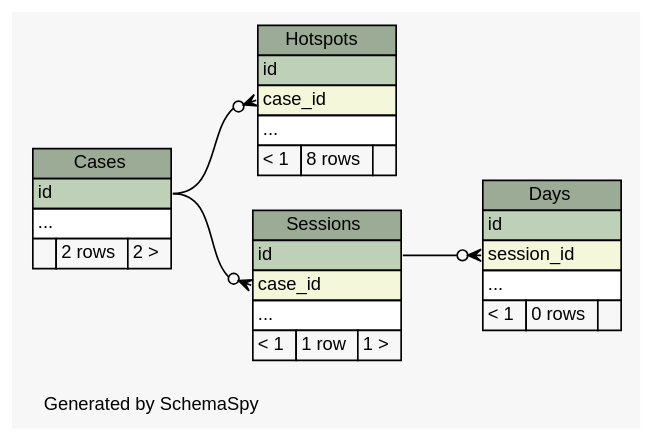
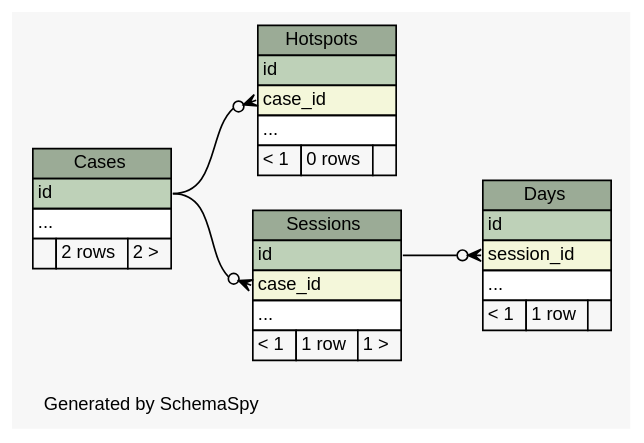
Before and after one commit to carrel2/CaseStudies: the diagram in web/files/schema/diagrams/summary/relationships.real.compact.dot, drawn with Graphviz. The commit also changed 40 other files, not shown here.

```diff
--- a/web/files/schema/diagrams/summary/relationships.real.compact.dot
+++ b/web/files/schema/diagrams/summary/relationships.real.compact.dot
@@ -1,72 +1,72 @@
 // dot 2.38.0 on Linux 4.4.0-59-generic
 // SchemaSpy rev 590
 digraph "compactRelationshipsDiagram" {
   graph [
     rankdir="RL"
     bgcolor="#f7f7f7"
     label="\nGenerated by SchemaSpy"
     labeljust="l"
     nodesep="0.18"
     ranksep="0.46"
     fontname="Helvetica"
     fontsize="11"
   ];
   node [
     fontname="Helvetica"
     fontsize="11"
     shape="plaintext"
   ];
   edge [
     arrowsize="0.8"
   ];
   "Cases" [
     label=<
     <TABLE BORDER="0" CELLBORDER="1" CELLSPACING="0" BGCOLOR="#ffffff">
       <TR><TD COLSPAN="3" BGCOLOR="#9bab96" ALIGN="CENTER">Cases</TD></TR>
       <TR><TD PORT="id" COLSPAN="3" BGCOLOR="#bed1b8" ALIGN="LEFT">id</TD></TR>
       <TR><TD PORT="elipses" COLSPAN="3" ALIGN="LEFT">...</TD></TR>
       <TR><TD ALIGN="LEFT" BGCOLOR="#f7f7f7">  </TD><TD ALIGN="RIGHT" BGCOLOR="#f7f7f7">2 rows</TD><TD ALIGN="RIGHT" BGCOLOR="#f7f7f7">2 &gt;</TD></TR>
     </TABLE>>
     URL="tables/Cases.html"
     tooltip="Cases"
   ];
   "Days" [
     label=<
     <TABLE BORDER="0" CELLBORDER="1" CELLSPACING="0" BGCOLOR="#ffffff">
       <TR><TD COLSPAN="3" BGCOLOR="#9bab96" ALIGN="CENTER">Days</TD></TR>
       <TR><TD PORT="id" COLSPAN="3" BGCOLOR="#bed1b8" ALIGN="LEFT">id</TD></TR>
       <TR><TD PORT="session_id" COLSPAN="3" BGCOLOR="#f4f7da" ALIGN="LEFT">session_id</TD></TR>
       <TR><TD PORT="elipses" COLSPAN="3" ALIGN="LEFT">...</TD></TR>
-      <TR><TD ALIGN="LEFT" BGCOLOR="#f7f7f7">&lt; 1</TD><TD ALIGN="RIGHT" BGCOLOR="#f7f7f7">0 rows</TD><TD ALIGN="RIGHT" BGCOLOR="#f7f7f7">  </TD></TR>
+      <TR><TD ALIGN="LEFT" BGCOLOR="#f7f7f7">&lt; 1</TD><TD ALIGN="RIGHT" BGCOLOR="#f7f7f7">1 row</TD><TD ALIGN="RIGHT" BGCOLOR="#f7f7f7">  </TD></TR>
     </TABLE>>
     URL="tables/Days.html"
     tooltip="Days"
   ];
   "Hotspots" [
     label=<
     <TABLE BORDER="0" CELLBORDER="1" CELLSPACING="0" BGCOLOR="#ffffff">
       <TR><TD COLSPAN="3" BGCOLOR="#9bab96" ALIGN="CENTER">Hotspots</TD></TR>
       <TR><TD PORT="id" COLSPAN="3" BGCOLOR="#bed1b8" ALIGN="LEFT">id</TD></TR>
       <TR><TD PORT="case_id" COLSPAN="3" BGCOLOR="#f4f7da" ALIGN="LEFT">case_id</TD></TR>
       <TR><TD PORT="elipses" COLSPAN="3" ALIGN="LEFT">...</TD></TR>
-      <TR><TD ALIGN="LEFT" BGCOLOR="#f7f7f7">&lt; 1</TD><TD ALIGN="RIGHT" BGCOLOR="#f7f7f7">8 rows</TD><TD ALIGN="RIGHT" BGCOLOR="#f7f7f7">  </TD></TR>
+      <TR><TD ALIGN="LEFT" BGCOLOR="#f7f7f7">&lt; 1</TD><TD ALIGN="RIGHT" BGCOLOR="#f7f7f7">0 rows</TD><TD ALIGN="RIGHT" BGCOLOR="#f7f7f7">  </TD></TR>
     </TABLE>>
     URL="tables/Hotspots.html"
     tooltip="Hotspots"
   ];
   "Sessions" [
     label=<
     <TABLE BORDER="0" CELLBORDER="1" CELLSPACING="0" BGCOLOR="#ffffff">
       <TR><TD COLSPAN="3" BGCOLOR="#9bab96" ALIGN="CENTER">Sessions</TD></TR>
       <TR><TD PORT="id" COLSPAN="3" BGCOLOR="#bed1b8" ALIGN="LEFT">id</TD></TR>
       <TR><TD PORT="case_id" COLSPAN="3" BGCOLOR="#f4f7da" ALIGN="LEFT">case_id</TD></TR>
       <TR><TD PORT="elipses" COLSPAN="3" ALIGN="LEFT">...</TD></TR>
       <TR><TD ALIGN="LEFT" BGCOLOR="#f7f7f7">&lt; 1</TD><TD ALIGN="RIGHT" BGCOLOR="#f7f7f7">1 row</TD><TD ALIGN="RIGHT" BGCOLOR="#f7f7f7">1 &gt;</TD></TR>
     </TABLE>>
     URL="tables/Sessions.html"
     tooltip="Sessions"
   ];
   "Days":"session_id":w -> "Sessions":"id":e [arrowhead=none dir=back arrowtail=crowodot];
   "Hotspots":"case_id":w -> "Cases":"id":e [arrowhead=none dir=back arrowtail=crowodot];
   "Sessions":"case_id":w -> "Cases":"id":e [arrowhead=none dir=back arrowtail=crowodot];
 }
```
